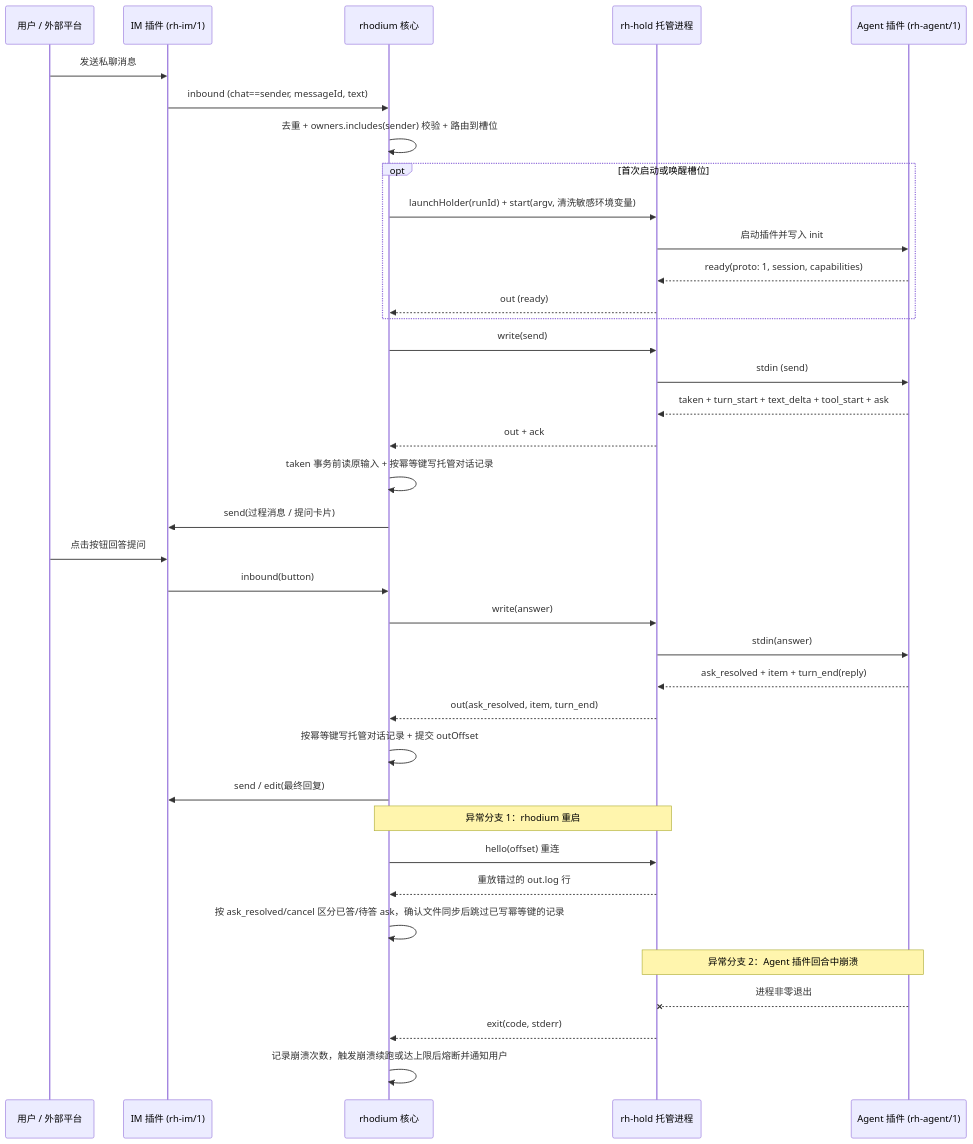
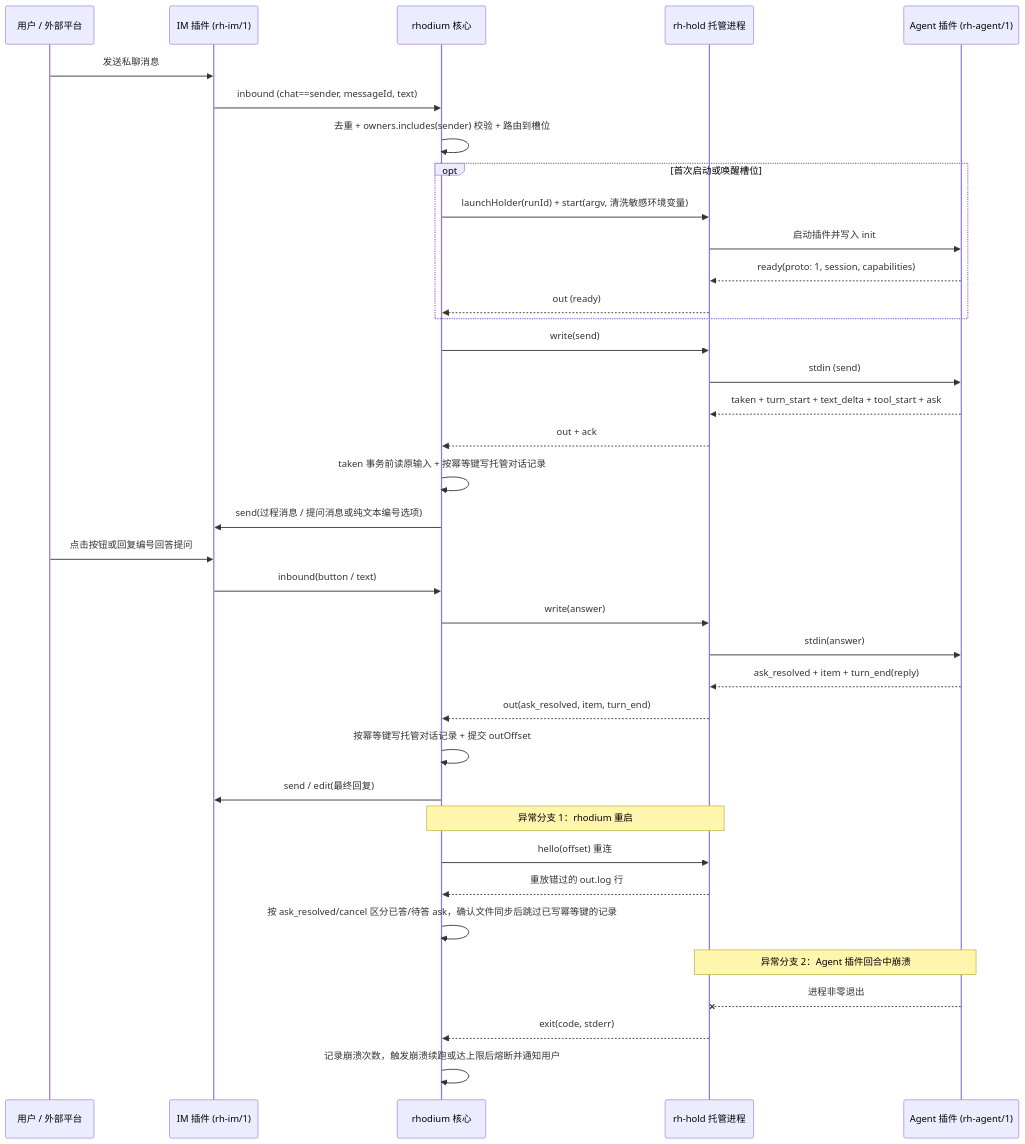
Before and after one commit to Rhapsody0x1/Rhodium-OSS: the second of 3 diagrams in docs/spec/plugins.md, drawn with Mermaid. The commit also changed other lines of this file and 1 other file, not shown here.

````diff
--- a/docs/spec/plugins.md
+++ b/docs/spec/plugins.md
@@ -80,42 +80,42 @@
 ```mermaid
 sequenceDiagram
   participant U as 用户 / 外部平台
   participant IM as IM 插件 (rh-im/1)
   participant C as rhodium 核心
   participant H as rh-hold 托管进程
   participant A as Agent 插件 (rh-agent/1)
 
   U->>IM: 发送私聊消息
   IM->>C: inbound (chat==sender, messageId, text)
   C->>C: 去重 + owners.includes(sender) 校验 + 路由到槽位
   opt 首次启动或唤醒槽位
     C->>H: launchHolder(runId) + start(argv, 清洗敏感环境变量)
     H->>A: 启动插件并写入 init
     A-->>H: ready(proto: 1, session, capabilities)
     H-->>C: out (ready)
   end
   C->>H: write(send)
   H->>A: stdin (send)
   A-->>H: taken + turn_start + text_delta + tool_start + ask
   H-->>C: out + ack
   C->>C: taken 事务前读原输入 + 按幂等键写托管对话记录
-  C->>IM: send(过程消息 / 提问卡片)
-  U->>IM: 点击按钮回答提问
-  IM->>C: inbound(button)
+  C->>IM: send(过程消息 / 提问消息或纯文本编号选项)
+  U->>IM: 点击按钮或回复编号回答提问
+  IM->>C: inbound(button / text)
   C->>H: write(answer)
   H->>A: stdin(answer)
   A-->>H: ask_resolved + item + turn_end(reply)
   H-->>C: out(ask_resolved, item, turn_end)
   C->>C: 按幂等键写托管对话记录 + 提交 outOffset
   C->>IM: send / edit(最终回复)
 
   Note over C,H: 异常分支 1：rhodium 重启
   C->>H: hello(offset) 重连
   H-->>C: 重放错过的 out.log 行
   C->>C: 按 ask_resolved/cancel 区分已答/待答 ask，确认文件同步后跳过已写幂等键的记录
 
   Note over H,A: 异常分支 2：Agent 插件回合中崩溃
   A--xH: 进程非零退出
   H-->>C: exit(code, stderr)
   C->>C: 记录崩溃次数，触发崩溃续跑或达上限后熔断并通知用户
 ```
````
